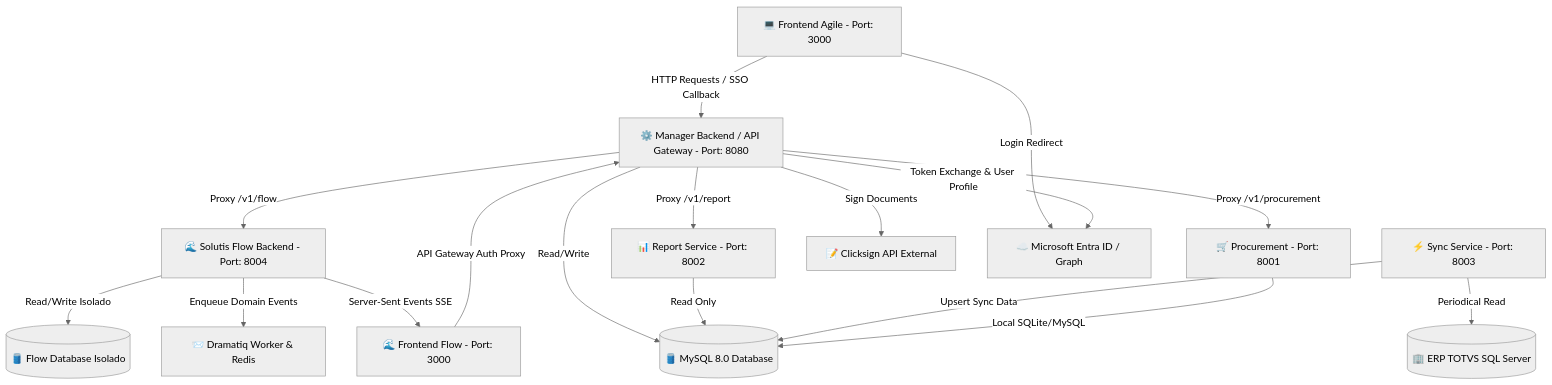
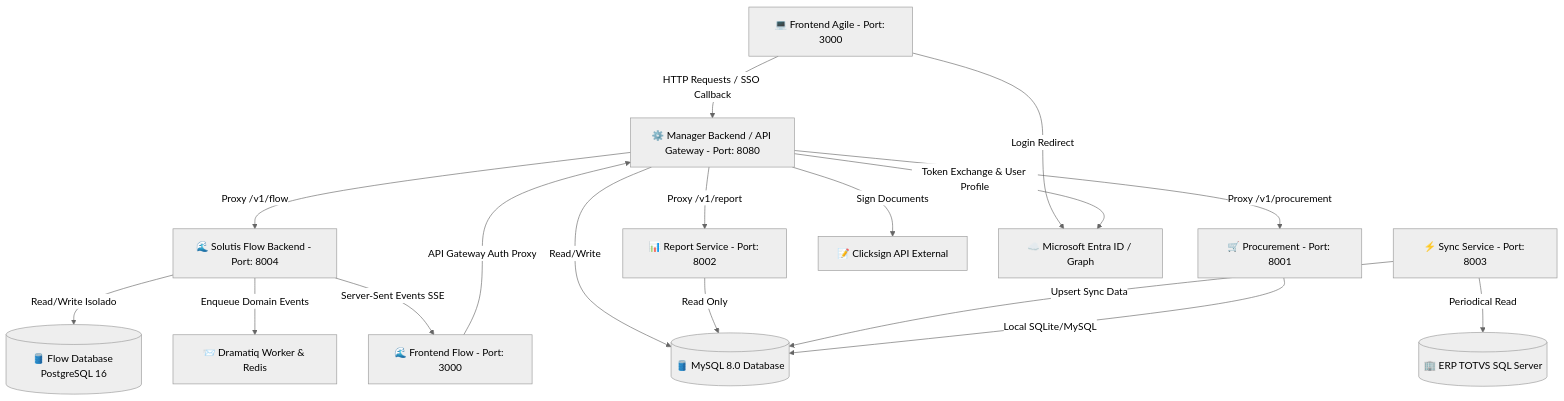
Before and after one commit to pedrogs97/solutis-agile: the diagram in .spec/architecture.md, drawn with Mermaid (neutral theme). The commit also changed other lines of this file and 9 other files, not shown here.

Commit message:
feat(infra): configurar docker-compose.prod.yml com taskview, flow_back, postgres e redis

````diff
--- a/.spec/architecture.md
+++ b/.spec/architecture.md
@@ -5,44 +5,44 @@
 ```mermaid
 graph TD
     %% Frontend
     FE[💻 Frontend Agile - Port: 3000]
     FL[🌊 Frontend Flow - Port: 3000]
 
     %% APIs / Backends
     MB[⚙️ Manager Backend / API Gateway - Port: 8080]
     PR[🛒 Procurement - Port: 8001]
     RP[📊 Report Service - Port: 8002]
     SY[⚡ Sync Service - Port: 8003]
     FB[🌊 Solutis Flow Backend - Port: 8004]
 
     %% Queues & Workers
     DQ[📨 Dramatiq Worker & Redis]
 
     %% Databases / External
     DB[(🛢️ MySQL 8.0 Database)]
-    FDB[(🛢️ Flow Database Isolado)]
+    FDB[(🛢️ Flow Database PostgreSQL 16)]
     TOTVS[(🏢 ERP TOTVS SQL Server)]
     CS[📝 Clicksign API External]
     AZ[☁️ Microsoft Entra ID / Graph]
 
     %% Connections
     FE -->|HTTP Requests / SSO Callback| MB
     FE -->|Login Redirect| AZ
     FL -->|API Gateway Auth Proxy| MB
     MB -->|Proxy /v1/flow| FB
     MB -->|Proxy /v1/procurement| PR
     MB -->|Proxy /v1/report| RP
 
     MB -->|Read/Write| DB
     MB -->|Sign Documents| CS
     MB -->|Token Exchange & User Profile| AZ
 
     FB -->|Read/Write Isolado| FDB
     FB -->|Enqueue Domain Events| DQ
     FB -->|Server-Sent Events SSE| FL
 
     RP -->|Read Only| DB
     SY -->|Periodical Read| TOTVS
     SY -->|Upsert Sync Data| DB
     PR -->|Local SQLite/MySQL| DB
 ```
````
